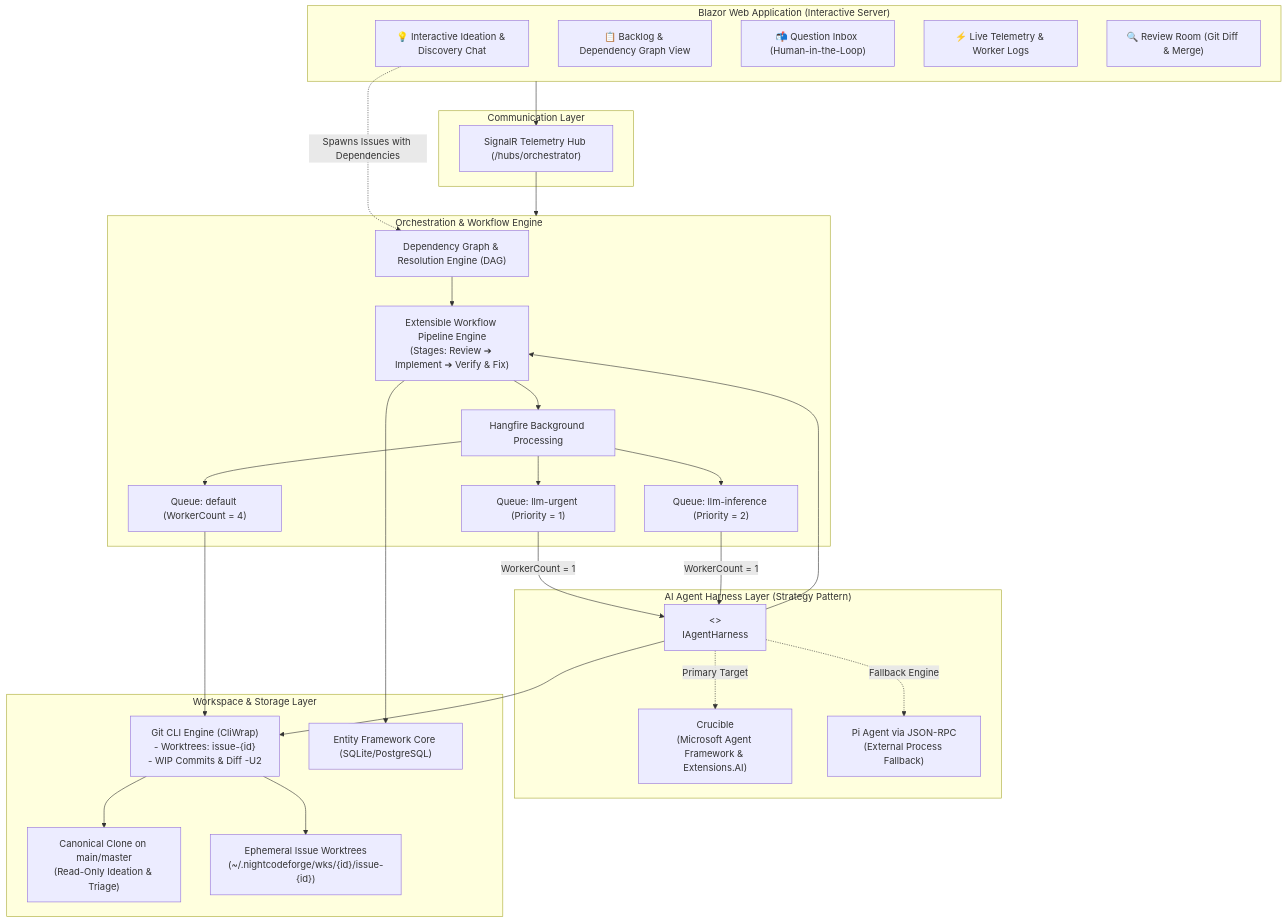
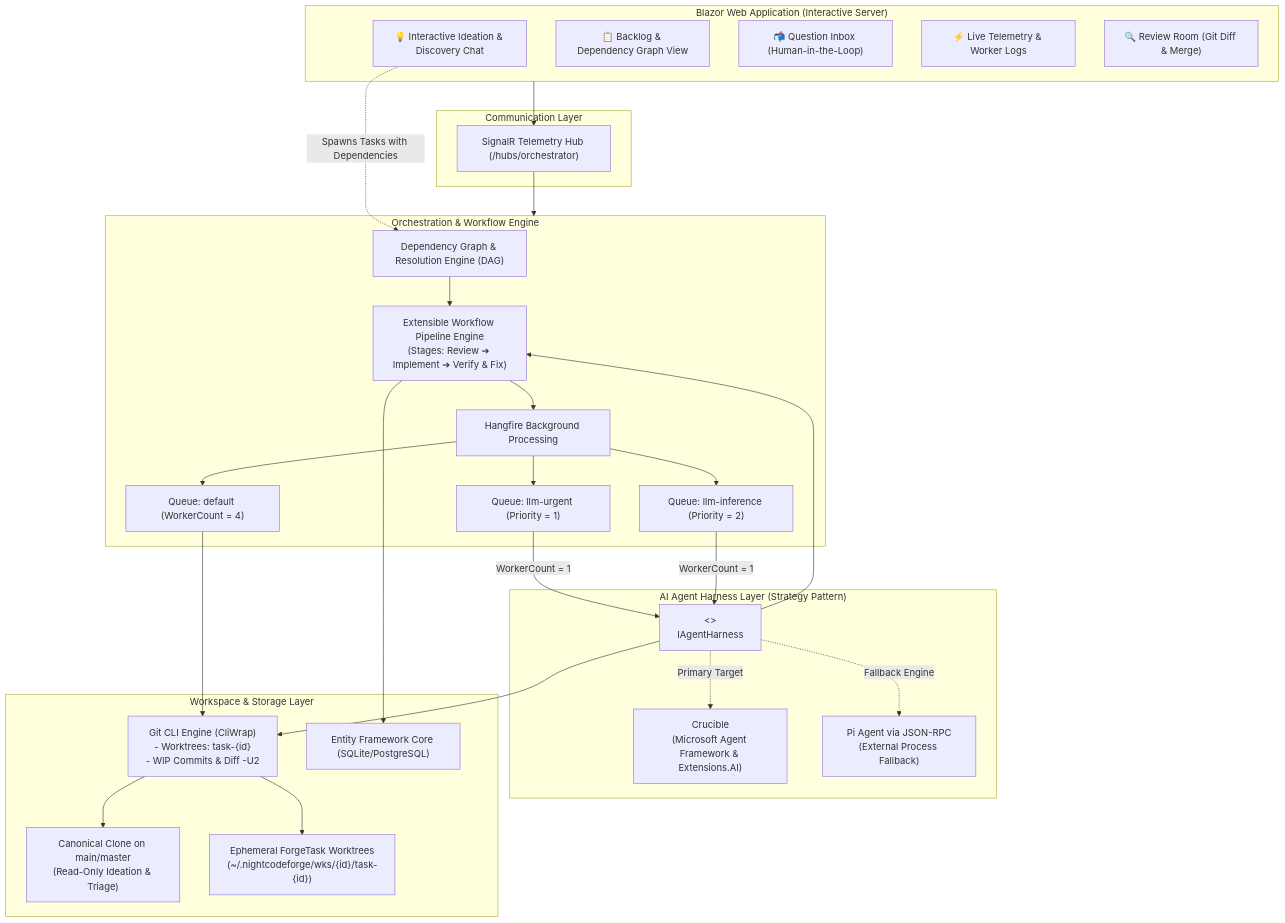
The first of 22 diagrams in docs/ARCHITECTURE.md (jetelain/NightCodeForge), drawn with Mermaid before and after one commit. The commit also changed other lines of this file and 151 other files, not shown here.

Commit message:
Issue -> Task

````diff
--- a/docs/ARCHITECTURE.md
+++ b/docs/ARCHITECTURE.md
@@ -29,58 +29,58 @@
 ```mermaid
 flowchart TB
     subgraph UI ["Blazor Web Application (Interactive Server)"]
         Ideation["💡 Interactive Ideation & Discovery Chat"]
         Backlog["📋 Backlog & Dependency Graph View"]
         Inbox["📬 Question Inbox (Human-in-the-Loop)"]
         Monitor["⚡ Live Telemetry & Worker Logs"]
         Review["🔍 Review Room (Git Diff & Merge)"]
     end
 
     subgraph Hubs ["Communication Layer"]
         SignalR["SignalR Telemetry Hub (/hubs/orchestrator)"]
     end
 
     subgraph Core ["Orchestration & Workflow Engine"]
         DepEngine["Dependency Graph & Resolution Engine (DAG)"]
         PipelineEngine["Extensible Workflow Pipeline Engine\n(Stages: Review ➔ Implement ➔ Verify & Fix)"]
         HangfireEngine["Hangfire Background Processing"]
         QueueUrgent["Queue: llm-urgent (Priority = 1)"]
         QueueStandard["Queue: llm-inference (Priority = 2)"]
         QueueUtility["Queue: default (WorkerCount = 4)"]
     end
 
     subgraph Harness ["AI Agent Harness Layer (Strategy Pattern)"]
         IHarness["<<interface>>\nIAgentHarness"]
         Crucible["Crucible\n(Microsoft Agent Framework & Extensions.AI)"]
         PiRpc["Pi Agent via JSON-RPC\n(External Process Fallback)"]
     end
 
     subgraph Workspaces ["Workspace & Storage Layer"]
-        GitCli["Git CLI Engine (CliWrap)\n- Worktrees: issue-{id}\n- WIP Commits & Diff -U2"]
+        GitCli["Git CLI Engine (CliWrap)\n- Worktrees: task-{id}\n- WIP Commits & Diff -U2"]
         EFCore["Entity Framework Core (SQLite/PostgreSQL)"]
         CanonicalClone["Canonical Clone on main/master\n(Read-Only Ideation & Triage)"]
-        Worktrees["Ephemeral Issue Worktrees\n(~/.nightcodeforge/wks/{id}/issue-{id})"]
+        Worktrees["Ephemeral ForgeTask Worktrees\n(~/.nightcodeforge/wks/{id}/task-{id})"]
     end
 
     UI --> SignalR
     SignalR --> Core
-    Ideation -.->|Spawns Issues with Dependencies| DepEngine
+    Ideation -.->|Spawns Tasks with Dependencies| DepEngine
     DepEngine --> PipelineEngine
     PipelineEngine --> HangfireEngine
     HangfireEngine --> QueueUrgent
     HangfireEngine --> QueueStandard
     HangfireEngine --> QueueUtility
 
     QueueUrgent -->|WorkerCount = 1| IHarness
     QueueStandard -->|WorkerCount = 1| IHarness
     QueueUtility --> GitCli
 
     IHarness -.->|Primary Target| Crucible
     IHarness -.->|Fallback Engine| PiRpc
 
     IHarness --> PipelineEngine
     IHarness --> GitCli
     GitCli --> CanonicalClone
     GitCli --> Worktrees
     PipelineEngine --> EFCore
 ```
````
